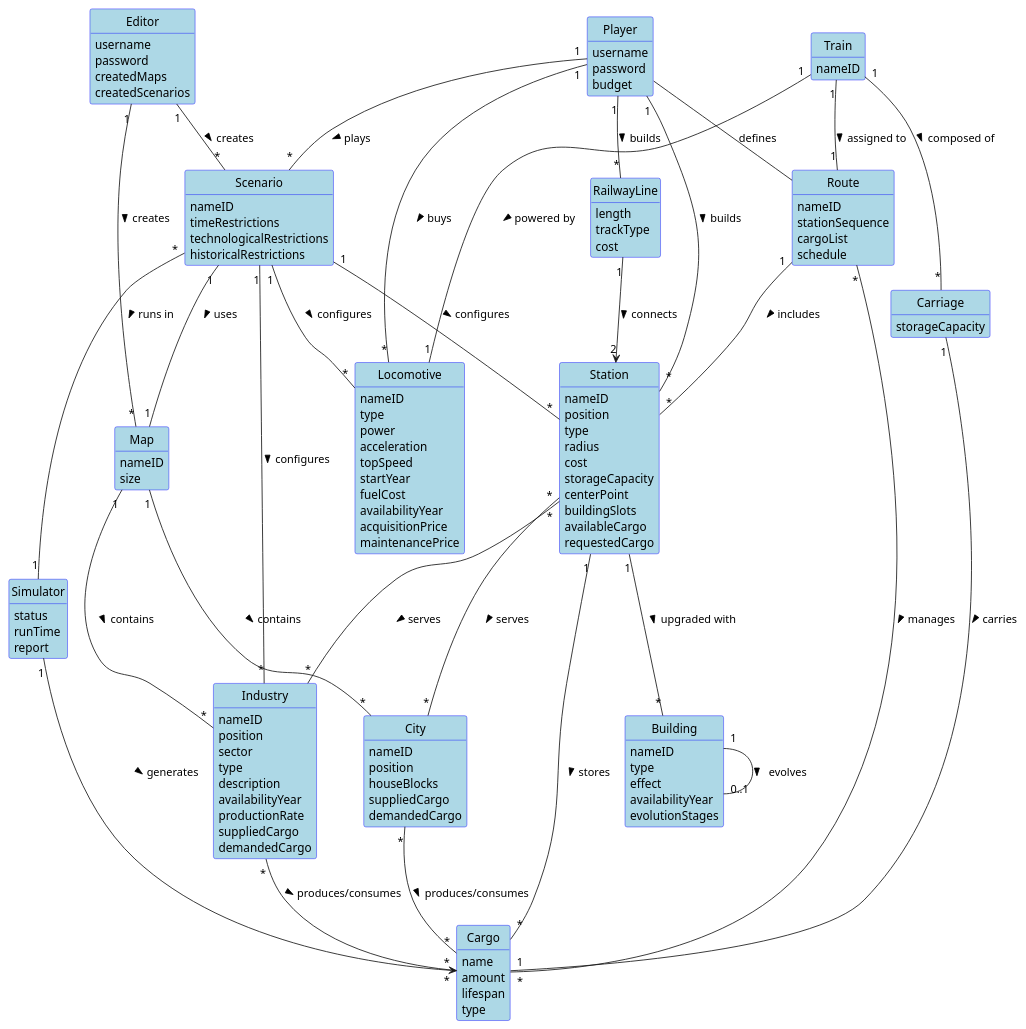
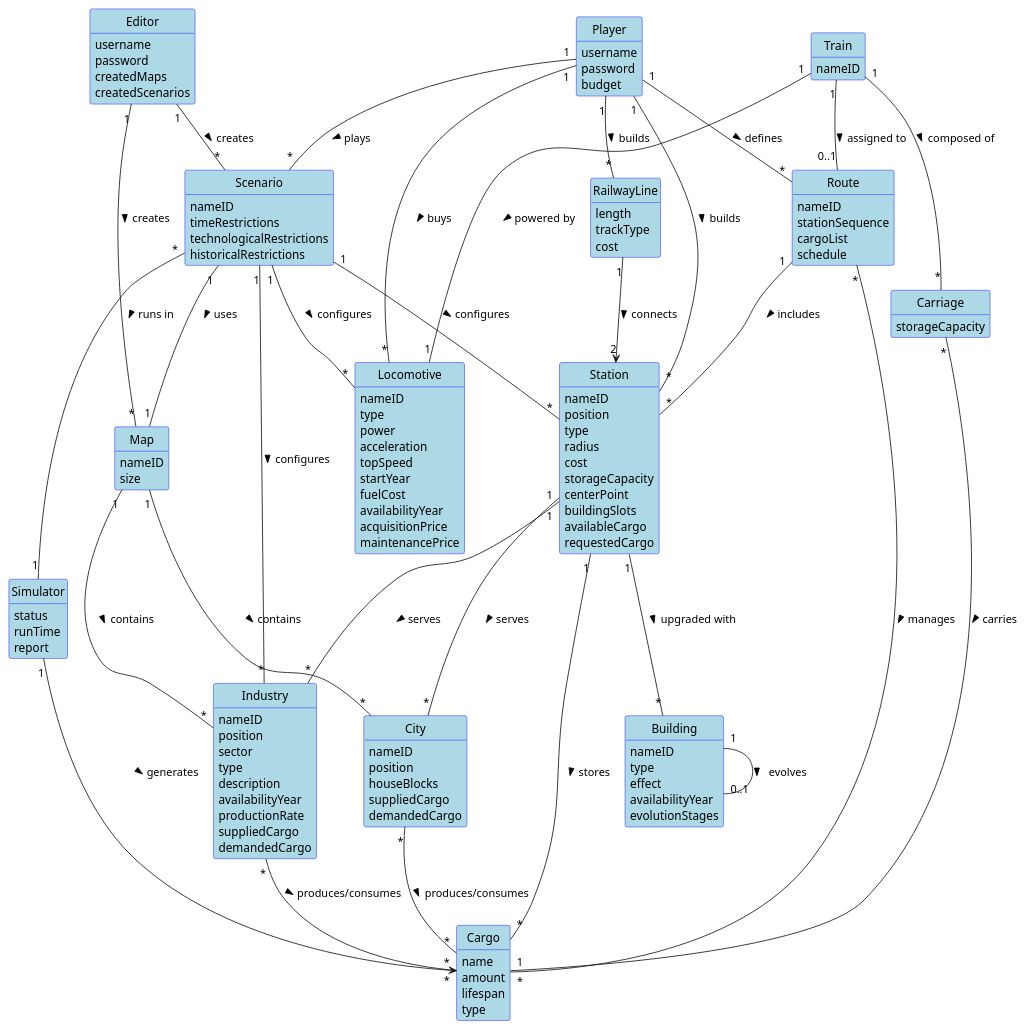
The diagram in docs/system-documentation/global-artifacts/02.analysis/puml/DomainModel_ESOFT.puml (HenriqueSilva18/Railway-Network-Simulator), drawn with PlantUML before and after one commit. The commit also changed 1 other file, not shown here.

```diff
--- a/docs/system-documentation/global-artifacts/02.analysis/puml/DomainModel_ESOFT.puml
+++ b/docs/system-documentation/global-artifacts/02.analysis/puml/DomainModel_ESOFT.puml
@@ -1,163 +1,163 @@
 @startuml
 skinparam shadowing false
 skinparam classAttributeIconSize 0
 skinparam class {
   BackgroundColor LightBlue
   BorderColor Blue
 }
 skinparam enum {
   BackgroundColor LightBlue
   BorderColor Blue
 }
 hide circle
 hide methods
 
 class Player {
   username
   password
   budget
 }
 class Editor {
     username
     password
     createdMaps
     createdScenarios
 }
 class Map {
   nameID
   size
 }
 class Scenario {
   nameID
   timeRestrictions
   technologicalRestrictions
   historicalRestrictions
 }
 class Simulator {
   status
   runTime
   report
 }
 class City {
   nameID
   position
   houseBlocks
   suppliedCargo
   demandedCargo
 }
 
 class Industry {
   nameID
   position
   sector
   type
   description
   availabilityYear
   productionRate
   suppliedCargo
   demandedCargo
 }
 
 
 class Cargo {
   name
   amount
   lifespan
   type
 }
 class Station {
   nameID
   position
   type
   radius
   cost
   storageCapacity
   centerPoint
   buildingSlots
   availableCargo
   requestedCargo
 }
 class Building {
   nameID
   type
   effect
   availabilityYear
   evolutionStages
 }
 class RailwayLine {
   length
   trackType
   cost
 }
 class Locomotive {
   nameID
   type
   power
   acceleration
   topSpeed
   startYear
   fuelCost
   availabilityYear
   acquisitionPrice
   maintenancePrice
 }
 class Train {
   nameID
 }
 class Carriage {
   storageCapacity
 }
 class Route {
   nameID
   stationSequence
   cargoList
   schedule
 }
 
 
 
 ' Relationships with revised multiplicities
 
 Editor "1" -- "*" Map : creates >
 Editor "1" -- "*" Scenario : creates >
 
 Scenario "1" -- "1" Map : uses >
 Player "1" -- "*" Scenario : plays >
 Scenario "*" -- "1" Simulator : runs in >
 
 Map "1" -- "*" City : contains >
 Map "1" -- "*" Industry : contains >
 
 Industry "*" -- "*" Cargo : produces/consumes >
 City "*" -- "*" Cargo : produces/consumes >
 
 Player "1" -- "*" Station : builds >
 Player "1" -- "*" RailwayLine : builds >
 Station "1" -- "*" Building : upgraded with >
 
-Station "*" -- "*" City : serves >
-Station "*" -- "*" Industry : serves >
+Station "1" -- "*" City : serves >
+Station "1" -- "*" Industry : serves >
 Station "1" -- "*" Cargo : stores >
 
 RailwayLine "1" --> "2" Station : connects >
 
 Player "1" -- "*" Locomotive : buys >
 Train "1" -- "1" Locomotive : powered by >
 Train "1" -- "*" Carriage : composed of >
-Carriage "1" -- "1" Cargo : carries >
+Carriage "*" -- "1" Cargo : carries >
 
-Train "1" -- "1" Route : assigned to >
+Train "1" -- "0..1" Route : assigned to >
 Route "1" -- "*" Station : includes >
 Route "*" -- "*" Cargo : manages >
 
 Scenario "1" -- "*" Locomotive : configures >
 Scenario "1" -- "*" Industry : configures >
 Scenario "1" -- "*" Station : configures >
 
 
 Building "1" -- "0..1" Building : evolves >
 
-Player -- Route: defines
+Player "1" -- "*" Route: defines >
 
 Simulator "1" --> "*" Cargo : generates >
 @enduml
```
